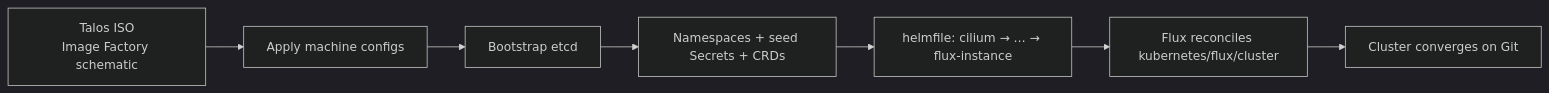
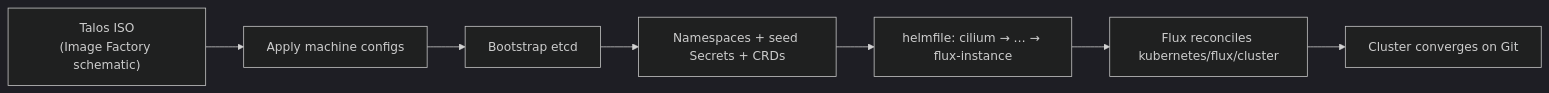
The diagram in docs/bootstrap.md (Malpractis/home-ops), drawn with Mermaid (dark theme) before and after one commit. The commit also changed 2 other files, not shown here.

Commit message:
docs: fix mermaid diagram syntax for GitHub rendering
Semicolons in sequenceDiagram messages act as statement separators,
literal \n in node labels is not a newline, and unquoted labels with
colons or arrows are fragile — split/quote them.

````diff
--- a/docs/bootstrap.md
+++ b/docs/bootstrap.md
@@ -20,9 +20,9 @@
 ```mermaid
 flowchart LR
-    iso[Talos ISO\nImage Factory schematic] --> nodes[Apply machine configs]
+    iso["Talos ISO<br/>(Image Factory schematic)"] --> nodes[Apply machine configs]
     nodes --> etcd[Bootstrap etcd]
     etcd --> base[Namespaces + seed Secrets + CRDs]
     base --> apps[helmfile: cilium → … → flux-instance]
     apps --> flux[Flux reconciles kubernetes/flux/cluster]
     flux --> done[Cluster converges on Git]
 ```
````
